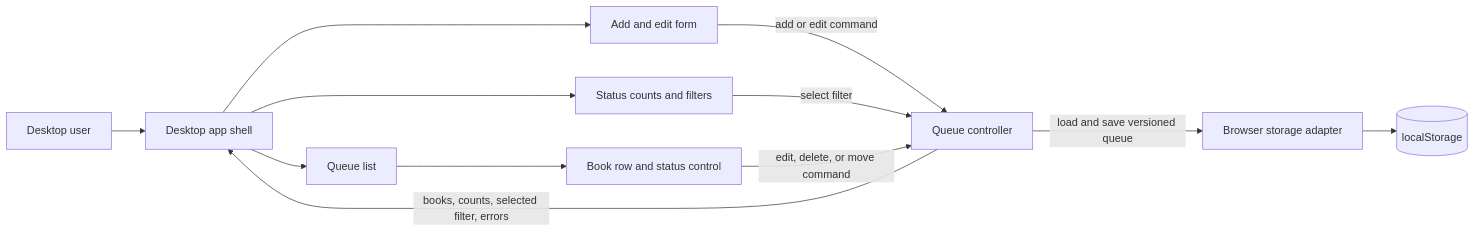
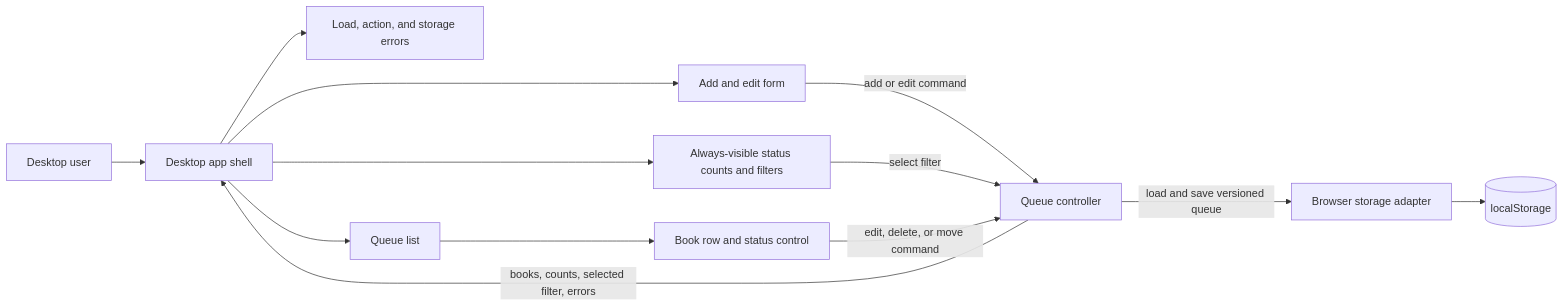
The diagram in openspec/changes/sac-245/design.md (sachinkundu/deos-sample-project), drawn with Mermaid before and after one commit. The commit also changed other lines of this file, not shown here.

Commit message:
DEOS planning manifest workflow:99426d9b-cda7-4db4-9136-692a95a0b090:775b1ebe-3de0-4889-9198-58ff8adb3c0f:run:1:system_action:publish_design_response:github.publish_design_candidate:69e5e86b9ac7d2a281d105eaf76790ecd7e051dc1ed433ad618e066bf2593a70:15

````diff
--- a/openspec/changes/sac-245/design.md
+++ b/openspec/changes/sac-245/design.md
@@ -30,15 +62,16 @@
 ```mermaid
 flowchart LR
     Person[Desktop user] --> Shell[Desktop app shell]
     Shell --> Editor[Add and edit form]
-    Shell --> Summary[Status counts and filters]
+    Shell --> Summary[Always-visible status counts and filters]
+    Shell --> Messages[Load, action, and storage errors]
     Shell --> List[Queue list]
     List --> Row[Book row and status control]
 
     Editor -->|add or edit command| Controller[Queue controller]
     Summary -->|select filter| Controller
     Row -->|edit, delete, or move command| Controller
     Controller -->|books, counts, selected filter, errors| Shell
     Controller -->|load and save versioned queue| Storage[Browser storage adapter]
     Storage --> LocalStorage[(localStorage)]
 ```
````
